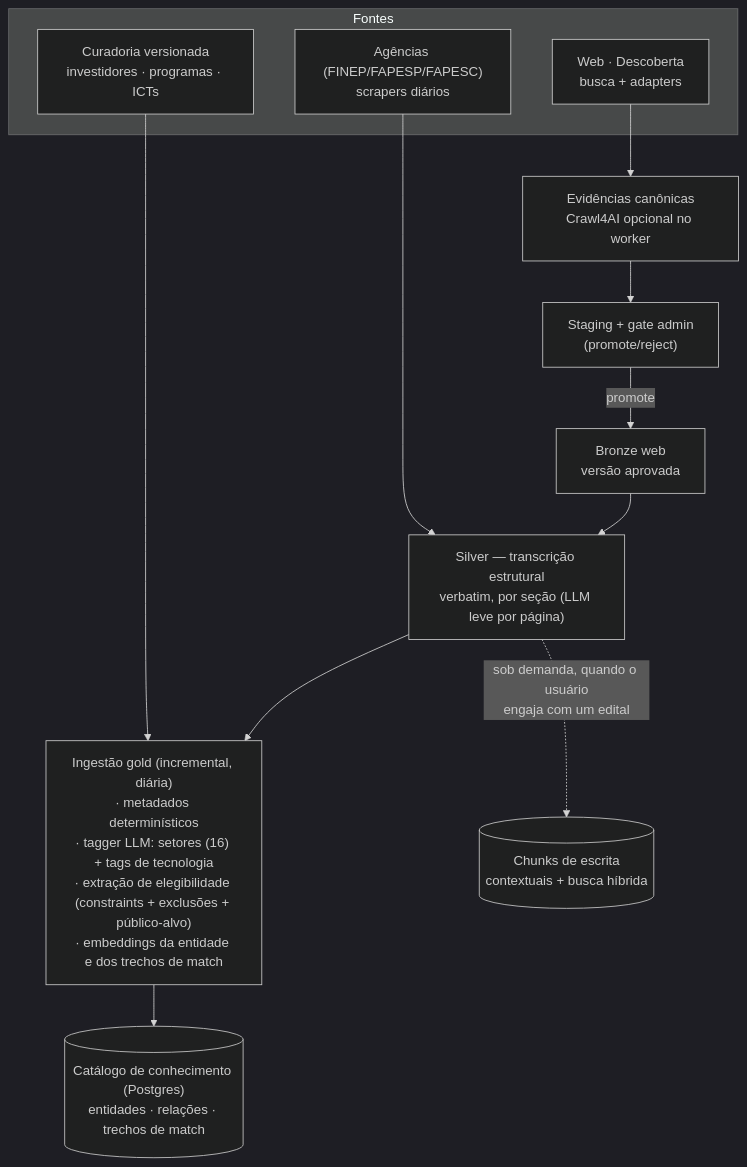
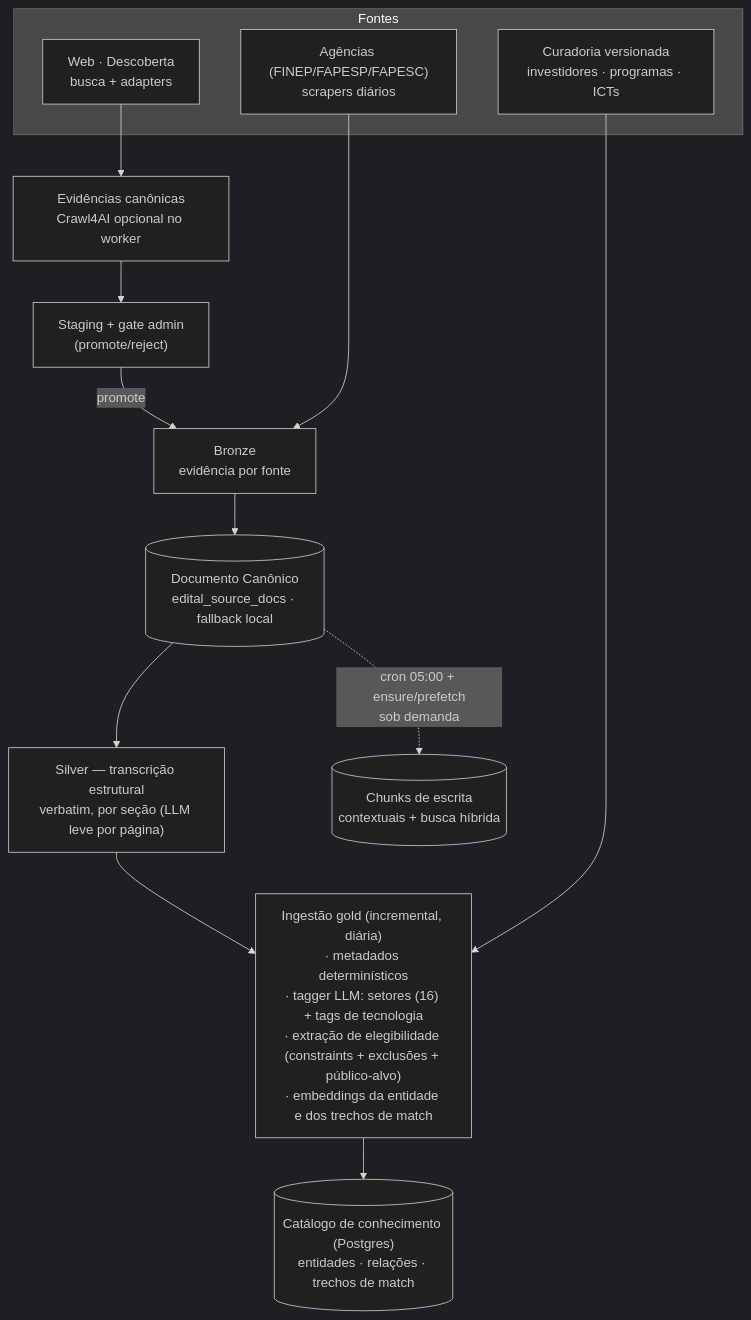
Before and after one commit to lucasborgs/radar_editais: the second of 3 diagrams in docs/architecture.md, drawn with Mermaid (dark theme). The commit also changed other lines of this file and 10 other files, not shown here.

````diff
--- a/docs/architecture.md
+++ b/docs/architecture.md
@@ -47,21 +47,22 @@
 ```mermaid
 flowchart TB
   subgraph FONTES["Fontes"]
     AG["Agências (FINEP/FAPESP/FAPESC)<br/>scrapers diários"]
     WEB["Web · Descoberta<br/>busca + adapters"]
     CUR["Curadoria versionada<br/>investidores · programas · ICTs"]
   end
 
   WEB --> EVID["Evidências canônicas<br/>Crawl4AI opcional no worker"]
   EVID --> GATE["Staging + gate admin<br/>(promote/reject)"]
-  GATE -->|promote| BRONZE["Bronze web<br/>versão aprovada"]
-  BRONZE --> SILVER
-  AG --> SILVER["Silver — transcrição estrutural<br/>verbatim, por seção (LLM leve por página)"]
+  GATE -->|promote| BRONZE["Bronze<br/>evidência por fonte"]
+  AG --> BRONZE
+  BRONZE --> CDOC[("Documento Canônico<br/>edital_source_docs · fallback local")]
+  CDOC --> SILVER["Silver — transcrição estrutural<br/>verbatim, por seção (LLM leve por página)"]
 
   SILVER --> INGEST["Ingestão gold (incremental, diária)<br/>· metadados determinísticos<br/>· tagger LLM: setores (16) + tags de tecnologia<br/>· extração de elegibilidade (constraints + exclusões + público-alvo)<br/>· embeddings da entidade e dos trechos de match"]
   CUR --> INGEST
 
   INGEST --> KG[("Catálogo de conhecimento (Postgres)<br/>entidades · relações · trechos de match")]
 
-  SILVER -.->|"sob demanda, quando o usuário<br/>engaja com um edital"| RAGCHUNKS[("Chunks de escrita<br/>contextuais + busca híbrida")]
+  CDOC -.->|"cron 05:00 + ensure/prefetch<br/>sob demanda"| RAGCHUNKS[("Chunks de escrita<br/>contextuais + busca híbrida")]
 ```
````
